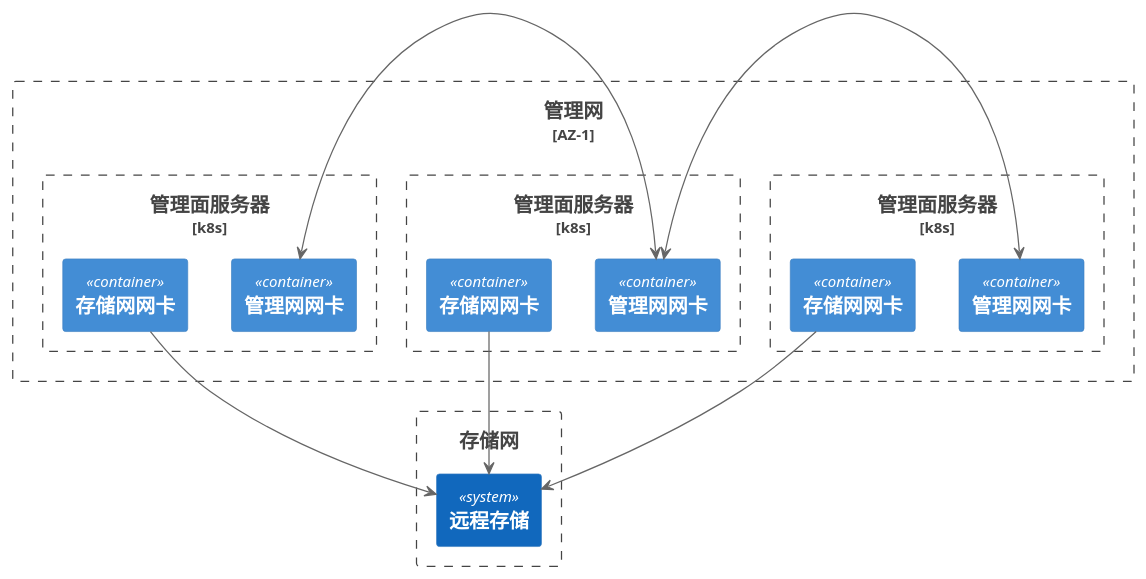
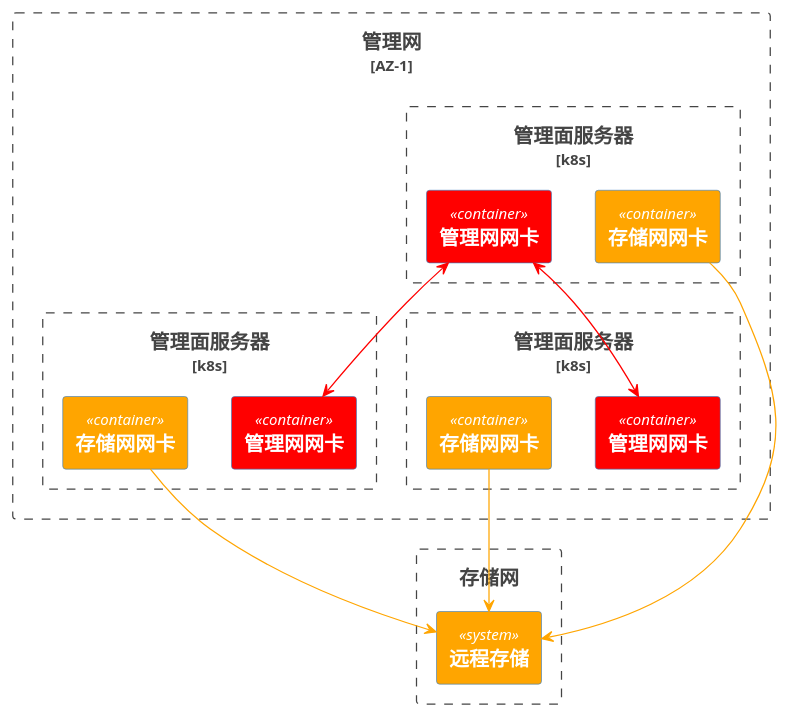
Before and after one commit to gardenerframework/impatiens: the diagram in 云与虚拟化/调度系统/k8s/实践/k8s生产集群部署/2. 集群硬件选择/readme.md, drawn with PlantUML. The commit also changed other lines of this file and 16 other files, not shown here.

````diff
--- a/云与虚拟化/调度系统/k8s/实践/k8s生产集群部署/2. 集群硬件选择/readme.md
+++ b/云与虚拟化/调度系统/k8s/实践/k8s生产集群部署/2. 集群硬件选择/readme.md
@@ -27,27 +28,27 @@
 ```plantuml
 @startuml
 !include  https://plantuml.s3.cn-north-1.jdcloud-oss.com/C4_Container.puml
 Boundary(存储网, 存储网) {
-    System(远程存储, 远程存储)
+    System(远程存储, 远程存储) #orange
 }
 Boundary(管理网, 管理网, AZ-1) {
     Boundary(管理面服务器1, 管理面服务器, k8s) {
-        Container(管理网网卡1, 管理网网卡)
-        Container(存储网网卡1, 存储网网卡)
+        Container(管理网网卡1, 管理网网卡) #red
+        Container(存储网网卡1, 存储网网卡) #orange
     }
     Boundary(管理面服务器2, 管理面服务器, k8s) {
-        Container(管理网网卡2, 管理网网卡)
-        Container(存储网网卡2, 存储网网卡)
+        Container(管理网网卡2, 管理网网卡) #red
+        Container(存储网网卡2, 存储网网卡) #orange
     }
     Boundary(管理面服务器3, 管理面服务器, k8s) {
-        Container(管理网网卡3, 管理网网卡)
-        Container(存储网网卡3, 存储网网卡)
+        Container(管理网网卡3, 管理网网卡) #red
+        Container(存储网网卡3, 存储网网卡) #orange
     }
-    管理网网卡1<-r->管理网网卡2
-    管理网网卡2<-r->管理网网卡3
-    存储网网卡1 -d-> 远程存储
-    存储网网卡2 -d-> 远程存储
-    存储网网卡3 -d-> 远程存储
+    管理网网卡1<-[#red]u->管理网网卡2
+    管理网网卡3<-[#red]u->管理网网卡2
+    存储网网卡1 -[#orange]d-> 远程存储
+    存储网网卡2 -[#orange]d-> 远程存储
+    存储网网卡3 -[#orange]d-> 远程存储
 }
 @enduml
 ```
````
